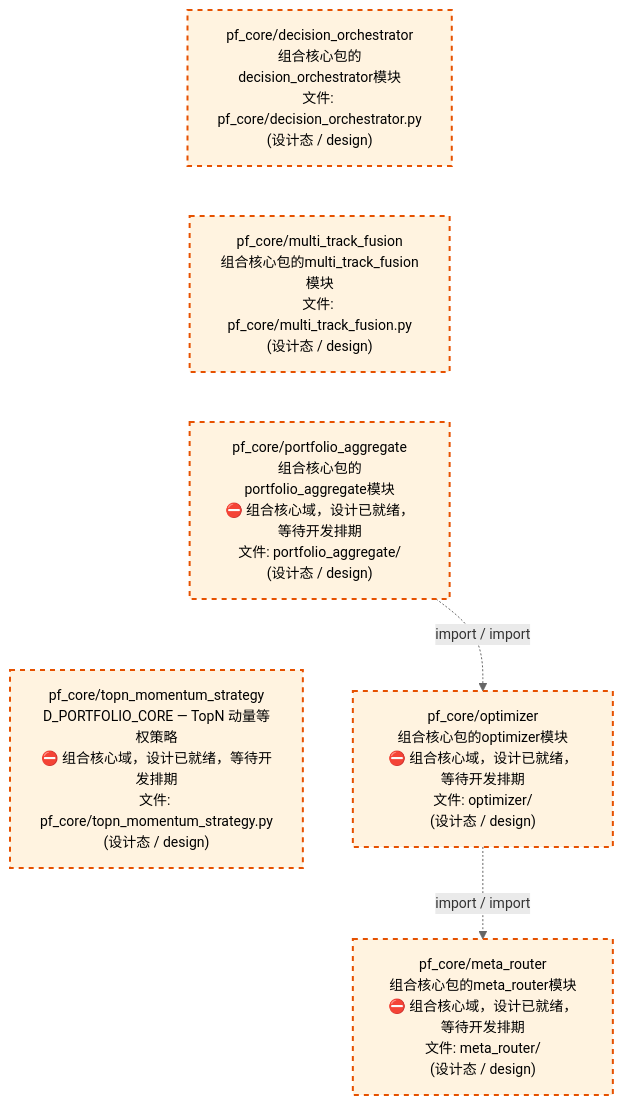
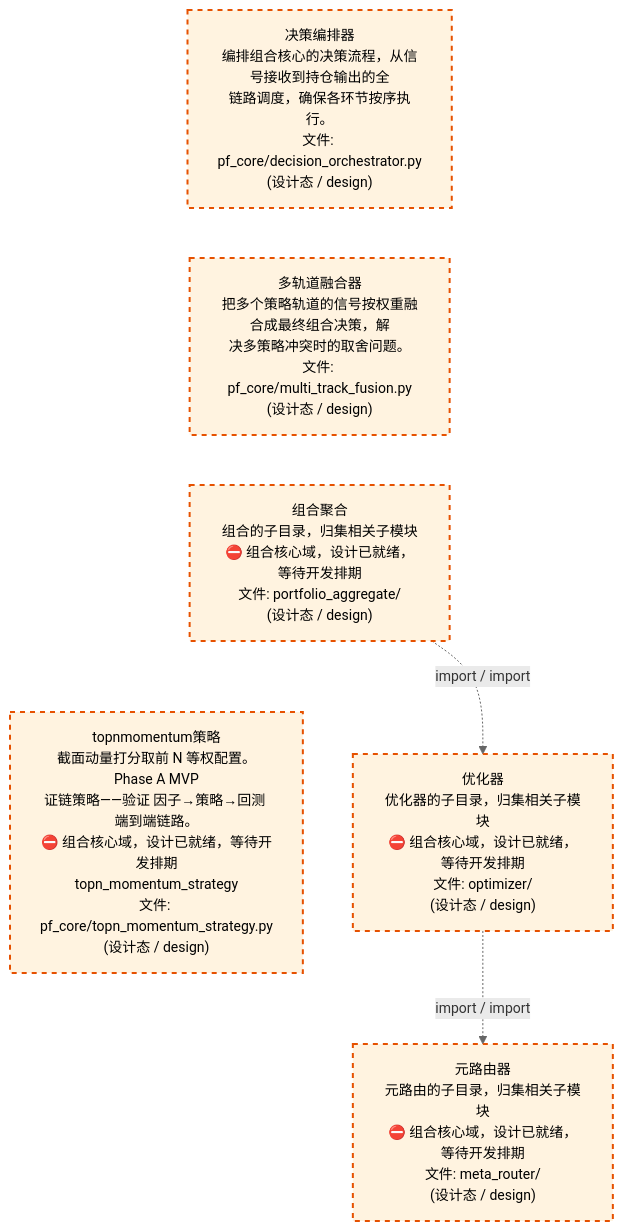
One commit to xuanFelixVan/ZephyrAlpha changed the third of 4 diagrams in docs/02_enterprise_architecture/02_domain_architecture_docs/63_d_pf_core.md. Above: the diagram before and after it, drawn with Mermaid. The commit also changed other lines of this file and 54 other files, not shown here.

````diff
--- a/docs/02_enterprise_architecture/02_domain_architecture_docs/63_d_pf_core.md
+++ b/docs/02_enterprise_architecture/02_domain_architecture_docs/63_d_pf_core.md
@@ -180,20 +180,20 @@
 ```mermaid
 %%{init: {'theme': 'base', 'themeVariables': {'primaryColor': '#eaeaea', 'primaryTextColor': '#333333', 'primaryBorderColor': '#666666', 'lineColor': '#666666', 'secondaryColor': '#eaeaea', 'tertiaryColor': '#eaeaea', 'fontSize': '14px'}}}%%
 flowchart TD
-    src_zephyr_pf_core_decision_orchestrator_py["pf_core/decision_orchestrator<br/>组合核心包的decision_orchestrator模块<br/>文件: pf_core/decision_orchestrator.py<br/>(设计态 / design)"]
-    src_zephyr_pf_core_multi_track_fusion_py["pf_core/multi_track_fusion<br/>组合核心包的multi_track_fusion模块<br/>文件: pf_core/multi_track_fusion.py<br/>(设计态 / design)"]
-    src_zephyr_pf_core_portfolio_aggregate["pf_core/portfolio_aggregate<br/>组合核心包的portfolio_aggregate模块<br/>⛔ 组合核心域，设计已就绪，等待开发排期<br/>文件: portfolio_aggregate/<br/>(设计态 / design)"]
-    src_zephyr_pf_core_topn_momentum_strategy_py["pf_core/topn_momentum_strategy<br/>D_PORTFOLIO_CORE — TopN 动量等权策略<br/>⛔ 组合核心域，设计已就绪，等待开发排期<br/>文件: pf_core/topn_momentum_strategy.py<br/>(设计态 / design)"]
+    src_zephyr_pf_core_decision_orchestrator_py["决策编排器<br/>编排组合核心的决策流程，从信号接收到持仓输出的全<br/>链路调度，确保各环节按序执行。<br/>文件: pf_core/decision_orchestrator.py<br/>(设计态 / design)"]
+    src_zephyr_pf_core_multi_track_fusion_py["多轨道融合器<br/>把多个策略轨道的信号按权重融合成最终组合决策，解<br/>决多策略冲突时的取舍问题。<br/>文件: pf_core/multi_track_fusion.py<br/>(设计态 / design)"]
+    src_zephyr_pf_core_portfolio_aggregate["组合聚合<br/>组合的子目录，归集相关子模块<br/>⛔ 组合核心域，设计已就绪，等待开发排期<br/>文件: portfolio_aggregate/<br/>(设计态 / design)"]
+    src_zephyr_pf_core_topn_momentum_strategy_py["topnmomentum策略<br/>截面动量打分取前 N 等权配置。Phase A MVP<br/>证链策略——验证 因子→策略→回测 端到端链路。<br/>⛔ 组合核心域，设计已就绪，等待开发排期<br/>topn_momentum_strategy<br/>文件: pf_core/topn_momentum_strategy.py<br/>(设计态 / design)"]
     src_zephyr_pf_core_decision_orchestrator_py ~~~ src_zephyr_pf_core_multi_track_fusion_py
     src_zephyr_pf_core_multi_track_fusion_py ~~~ src_zephyr_pf_core_portfolio_aggregate
     src_zephyr_pf_core_portfolio_aggregate ~~~ src_zephyr_pf_core_topn_momentum_strategy_py
-    src_zephyr_pf_core_optimizer["pf_core/optimizer<br/>组合核心包的optimizer模块<br/>⛔ 组合核心域，设计已就绪，等待开发排期<br/>文件: optimizer/<br/>(设计态 / design)"]
-    src_zephyr_pf_core_meta_router["pf_core/meta_router<br/>组合核心包的meta_router模块<br/>⛔ 组合核心域，设计已就绪，等待开发排期<br/>文件: meta_router/<br/>(设计态 / design)"]
+    src_zephyr_pf_core_optimizer["优化器<br/>优化器的子目录，归集相关子模块<br/>⛔ 组合核心域，设计已就绪，等待开发排期<br/>文件: optimizer/<br/>(设计态 / design)"]
+    src_zephyr_pf_core_meta_router["元路由器<br/>元路由的子目录，归集相关子模块<br/>⛔ 组合核心域，设计已就绪，等待开发排期<br/>文件: meta_router/<br/>(设计态 / design)"]
     src_zephyr_pf_core_optimizer -.->|import / import| src_zephyr_pf_core_meta_router
     src_zephyr_pf_core_portfolio_aggregate -.->|import / import| src_zephyr_pf_core_optimizer
     classDef production fill:#e1f5fe,stroke:#01579b,stroke-width:2px,color:#000
     classDef design fill:#fff3e0,stroke:#e65100,stroke-width:2px,color:#000,stroke-dasharray: 5 5
     classDef external_prod fill:#e8f4fd,stroke:#0277bd,stroke-width:1px,color:#000
     classDef external_design fill:#fff8e7,stroke:#ef6c00,stroke-width:1px,color:#000,stroke-dasharray: 5 5
     class src_zephyr_pf_core_decision_orchestrator_py,src_zephyr_pf_core_meta_router,src_zephyr_pf_core_multi_track_fusion_py,src_zephyr_pf_core_optimizer,src_zephyr_pf_core_portfolio_aggregate,src_zephyr_pf_core_topn_momentum_strategy_py design
 ```
````
